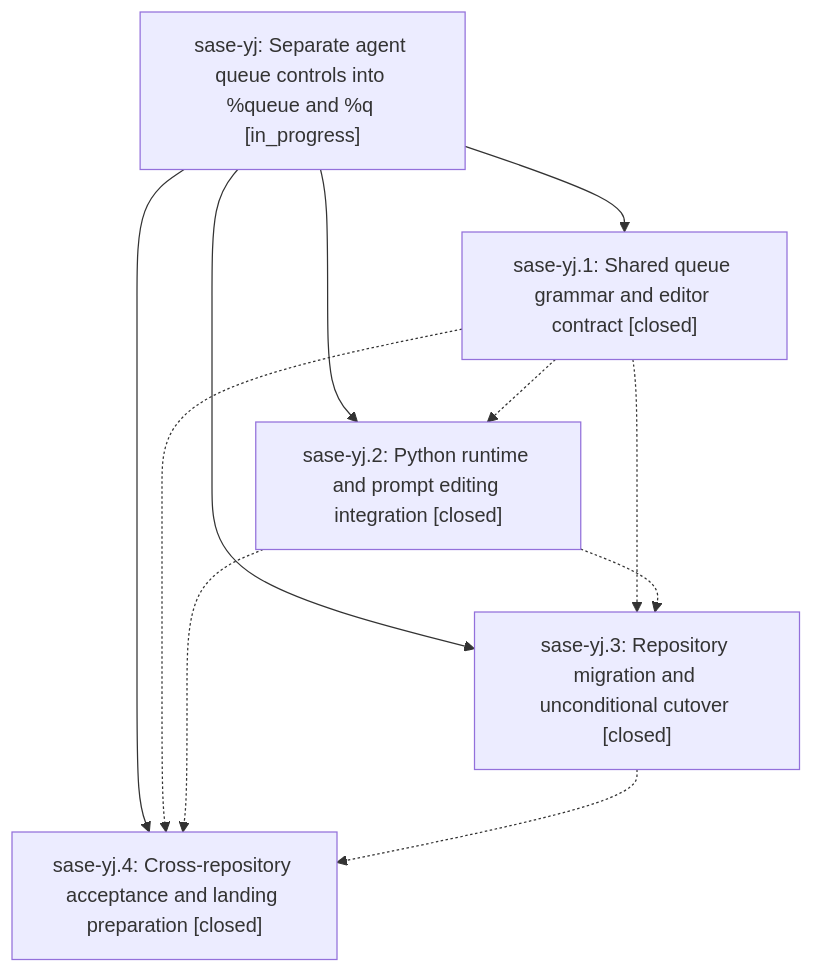
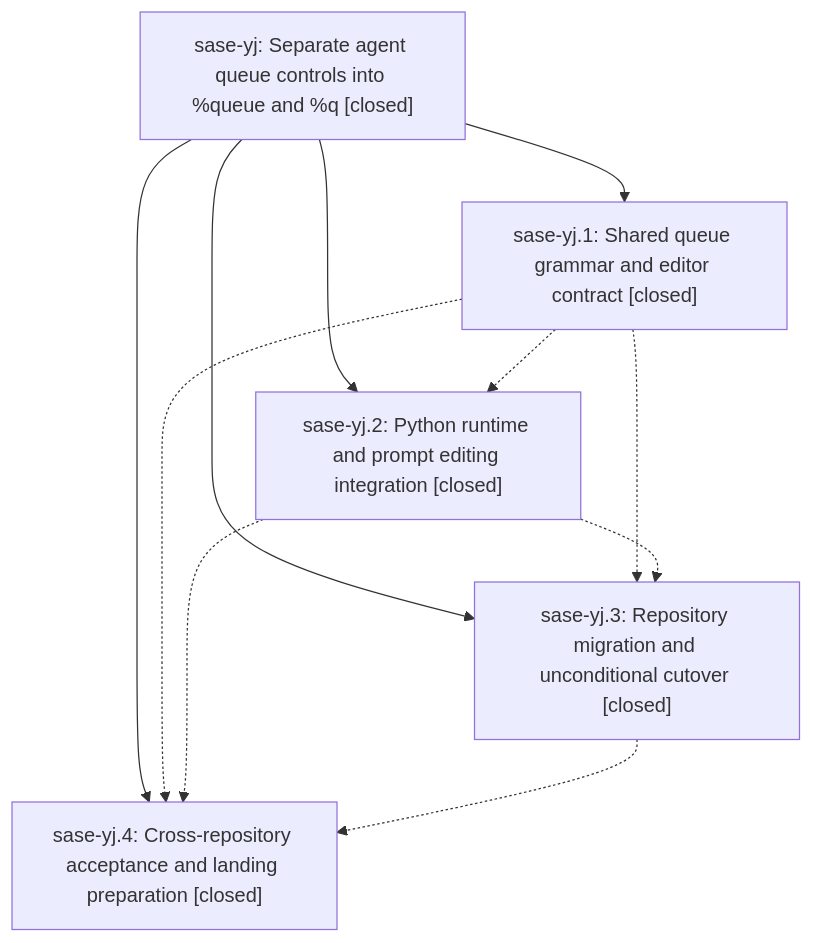
One commit to sase-org/sase--beads changed the diagram in pages/sase-yj/README.md. Above: the diagram before and after it, drawn with Mermaid. The commit also changed other lines of this file, not shown here.

First line of the commit message:
chore(beads): sync bead state and pages for sase-yj

````diff
--- a/pages/sase-yj/README.md
+++ b/pages/sase-yj/README.md
@@ -47,18 +49,18 @@
 ```mermaid
 flowchart TD
-    n0["sase-yj: Separate agent queue controls into %queue and %q [in_progress]"]
+    n0["sase-yj: Separate agent queue controls into %queue and %q [closed]"]
     n1["sase-yj.1: Shared queue grammar and editor contract [closed]"]
     n2["sase-yj.2: Python runtime and prompt editing integration [closed]"]
     n3["sase-yj.3: Repository migration and unconditional cutover [closed]"]
     n4["sase-yj.4: Cross-repository acceptance and landing preparation [closed]"]
     n0 --> n1
     n0 --> n2
     n0 --> n3
     n0 --> n4
     n1 -.-> n2
     n1 -.-> n3
     n1 -.-> n4
     n2 -.-> n3
     n2 -.-> n4
     n3 -.-> n4
 ```
````
